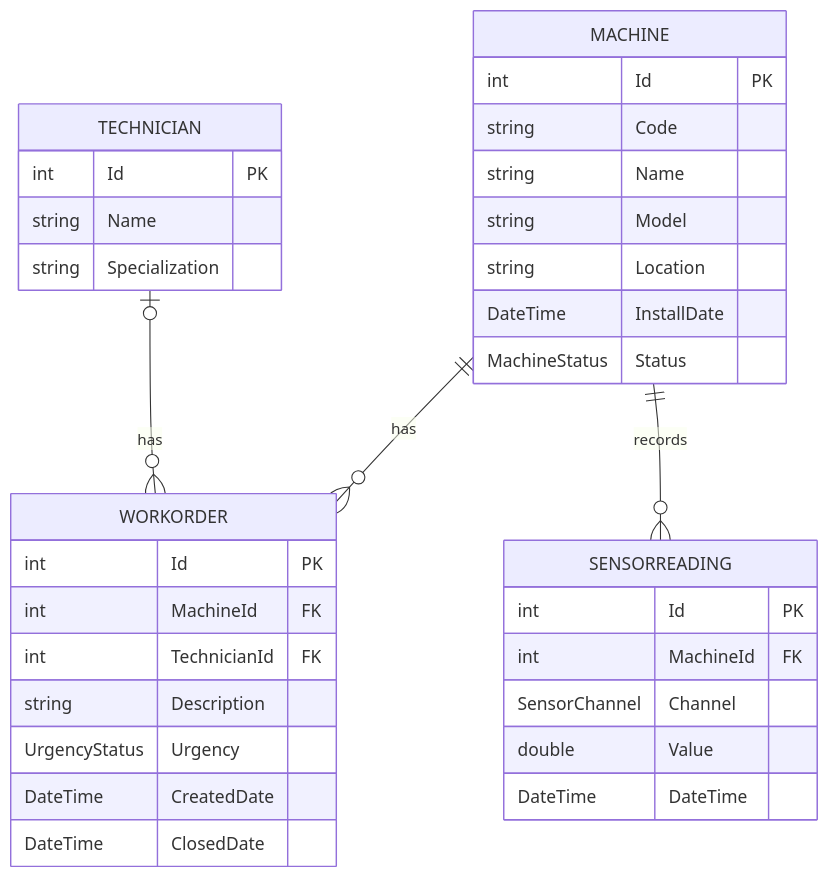
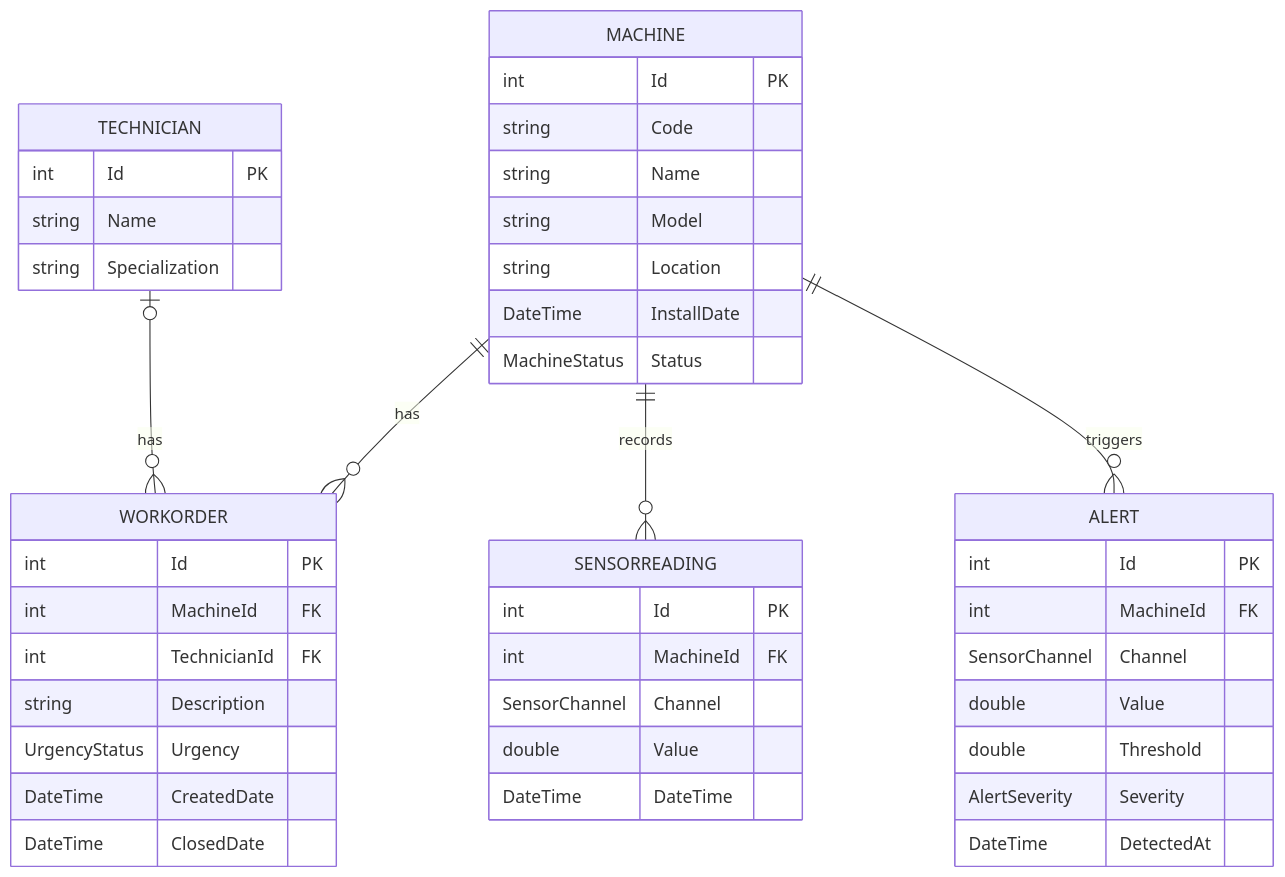
The diagram in docs/er-diagram.md (Oz05-jpg/FMMS-Machine-Monitoring), drawn with Mermaid before and after one commit. The commit also changed 6 other files, not shown here.

First line of the commit message:
feat: threshold evaluation + Alert entity (FM-TICKET #003c)

````diff
--- a/docs/er-diagram.md
+++ b/docs/er-diagram.md
@@ -3,37 +3,47 @@
 ```mermaid
 erDiagram
     MACHINE    ||--o{ WORKORDER : has
     TECHNICIAN |o--o{ WORKORDER : has
     MACHINE ||--o{ SENSORREADING : records
+    MACHINE ||--o{ ALERT : triggers
 
     MACHINE {
         int Id PK
         string Code
         string Name
         string Model
         string Location
         DateTime InstallDate
         MachineStatus Status
     }
     TECHNICIAN {
         int Id PK
         string Name
         string Specialization
     }
     WORKORDER {
         int Id PK
         int MachineId FK
         int TechnicianId FK
         string Description
         UrgencyStatus Urgency
         DateTime CreatedDate
         DateTime ClosedDate
     }
     SENSORREADING {
         int Id PK
         int MachineId FK
         SensorChannel Channel
         double Value
         DateTime DateTime
     }
+    ALERT {
+        int Id PK
+        int MachineId FK
+        SensorChannel Channel
+        double Value
+        double Threshold
+        AlertSeverity Severity
+        DateTime DetectedAt
+    }
 ```
````
